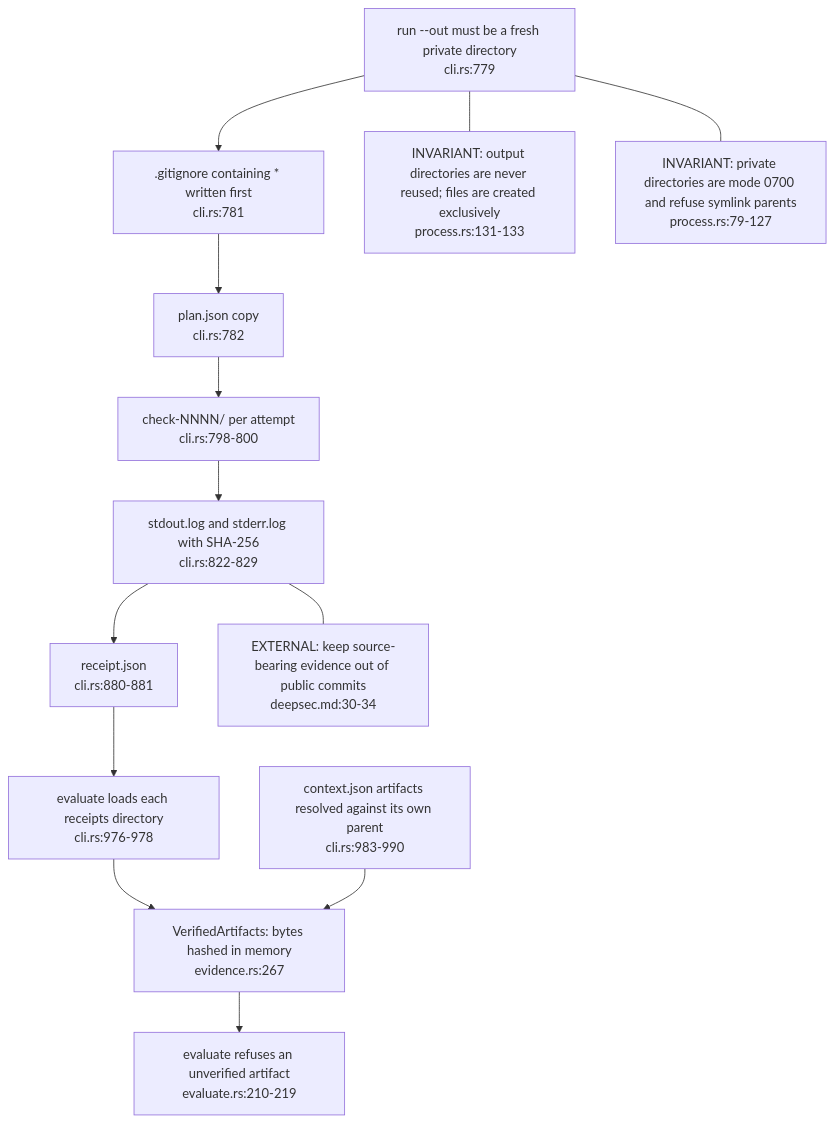
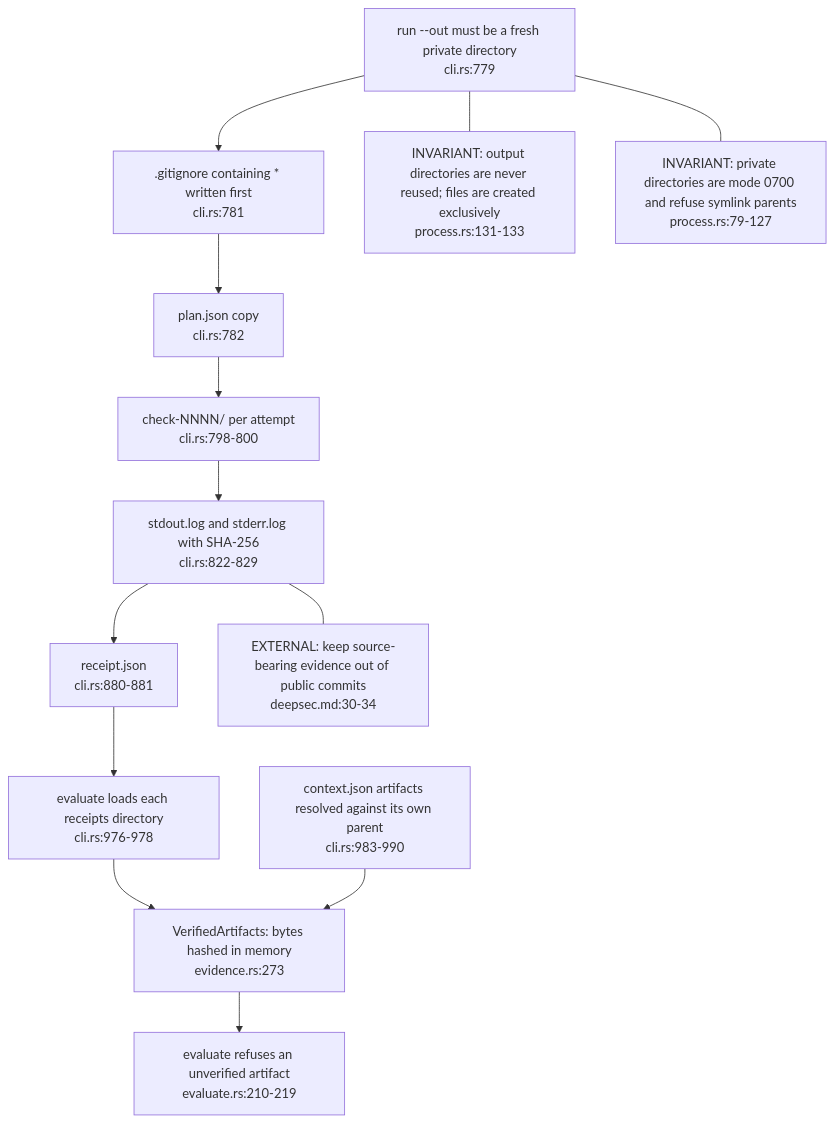
The fifth of 5 diagrams in docs/diagrams/visioncraft/03-execution-evidence-and-security-adapter.md (DreamLab-AI/VisionFlow), drawn with Mermaid before and after one commit. The commit also changed other lines of this file and 5 other files, not shown here.

First line of the commit message:
diagrams(small-b): re-verify KG-06, VK-02/03/05, VG-01/04 at pinned heads

````diff
--- a/docs/diagrams/visioncraft/03-execution-evidence-and-security-adapter.md
+++ b/docs/diagrams/visioncraft/03-execution-evidence-and-security-adapter.md
@@ -136,22 +137,22 @@
 ```mermaid
 flowchart TB
     OUT["run --out must be a fresh private directory<br/>cli.rs:779"]
     GI[".gitignore containing * written first<br/>cli.rs:781"]
     PJ["plan.json copy<br/>cli.rs:782"]
     CK["check-NNNN/ per attempt<br/>cli.rs:798-800"]
     LG["stdout.log and stderr.log with SHA-256<br/>cli.rs:822-829"]
     RJ["receipt.json<br/>cli.rs:880-881"]
     LR["evaluate loads each receipts directory<br/>cli.rs:976-978"]
-    VA["VerifiedArtifacts: bytes hashed in memory<br/>evidence.rs:267"]
+    VA["VerifiedArtifacts: bytes hashed in memory<br/>evidence.rs:273"]
     CX["context.json artifacts resolved against its own parent<br/>cli.rs:983-990"]
     GA["evaluate refuses an unverified artifact<br/>evaluate.rs:210-219"]
     OUT --> GI --> PJ --> CK --> LG --> RJ
     RJ --> LR --> VA --> GA
     CX --> VA
     N1["INVARIANT: output directories are never reused; files are created exclusively<br/>process.rs:131-133"]
     N2["INVARIANT: private directories are mode 0700 and refuse symlink parents<br/>process.rs:79-127"]
     N3["EXTERNAL: keep source-bearing evidence out of public commits<br/>deepsec.md:30-34"]
     OUT --- N1
     OUT --- N2
     LG --- N3
 ```
````
